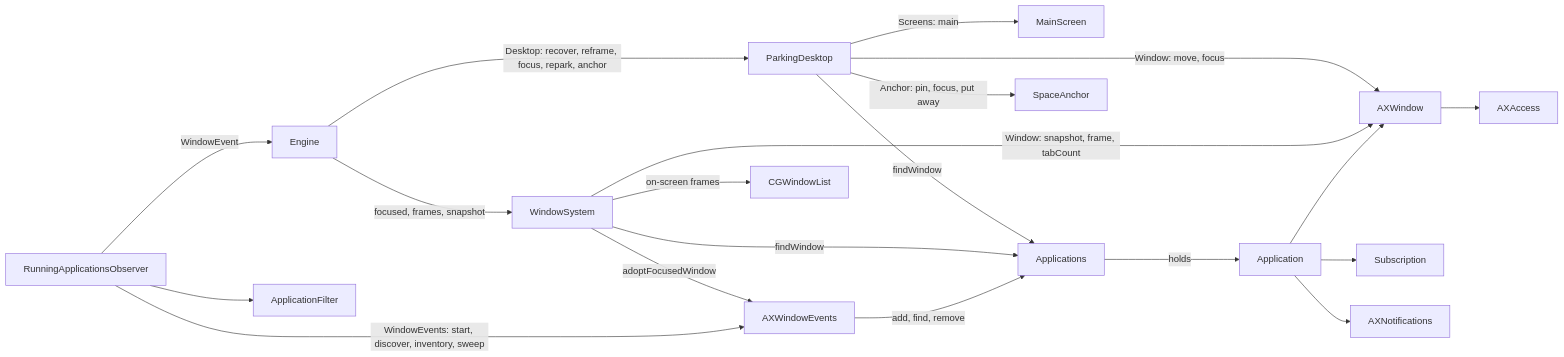
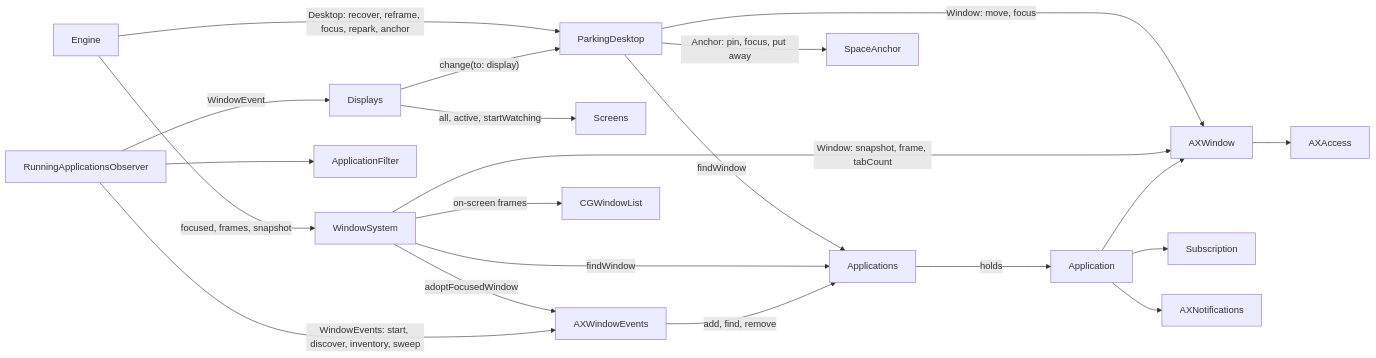
Before and after one commit to brennovich/ottowm: the seventh of 26 diagrams in ARCHITECTURE.md, drawn with Mermaid. The commit also changed other lines of this file and 1 other file, not shown here.

First line of the commit message:
Document one engine and one Pager per display

````diff
--- a/ARCHITECTURE.md
+++ b/ARCHITECTURE.md
@@ -112,23 +138,24 @@
 ```mermaid
 flowchart LR
     Engine -->|"Desktop: recover, reframe, focus, repark, anchor"| ParkingDesktop
     Engine -->|focused, frames, snapshot| WindowSystem
-    RunningApplicationsObserver -->|WindowEvent| Engine
+    RunningApplicationsObserver -->|WindowEvent| Displays
+    Displays -->|"change(to: display)"| ParkingDesktop
+    Displays -->|"all, active, startWatching"| Screens
 
-    ParkingDesktop -->|"Screens: main"| MainScreen
     ParkingDesktop -->|findWindow| Applications
     ParkingDesktop -->|"Window: move, focus"| AXWindow
     ParkingDesktop -->|"Anchor: pin, focus, put away"| SpaceAnchor
 
     WindowSystem -->|adoptFocusedWindow| AXWindowEvents
     WindowSystem -->|on-screen frames| CGWindowList
     WindowSystem -->|findWindow| Applications
     WindowSystem -->|"Window: snapshot, frame, tabCount"| AXWindow
 
     RunningApplicationsObserver --> ApplicationFilter
     RunningApplicationsObserver -->|"WindowEvents: start, discover, inventory, sweep"| AXWindowEvents
     AXWindowEvents -->|add, find, remove| Applications
     Applications -->|holds| Application
     Application --> Subscription & AXNotifications & AXWindow
     AXWindow --> AXAccess
 ```
````
